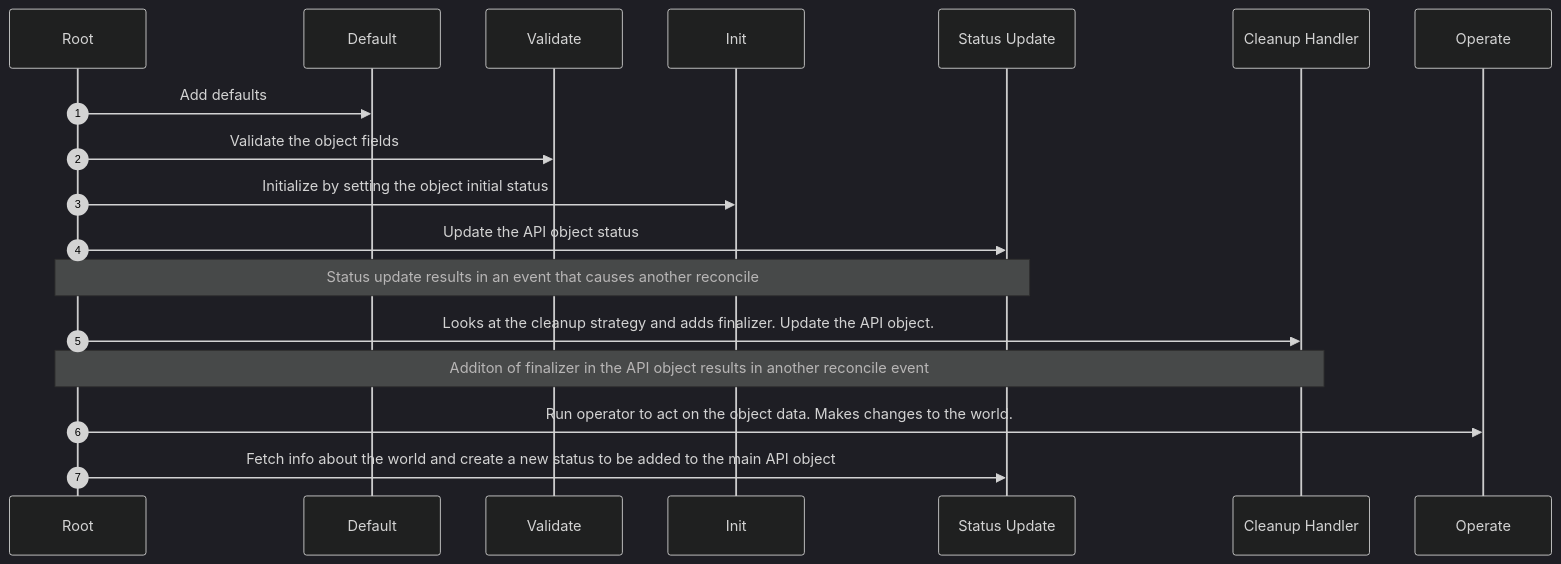
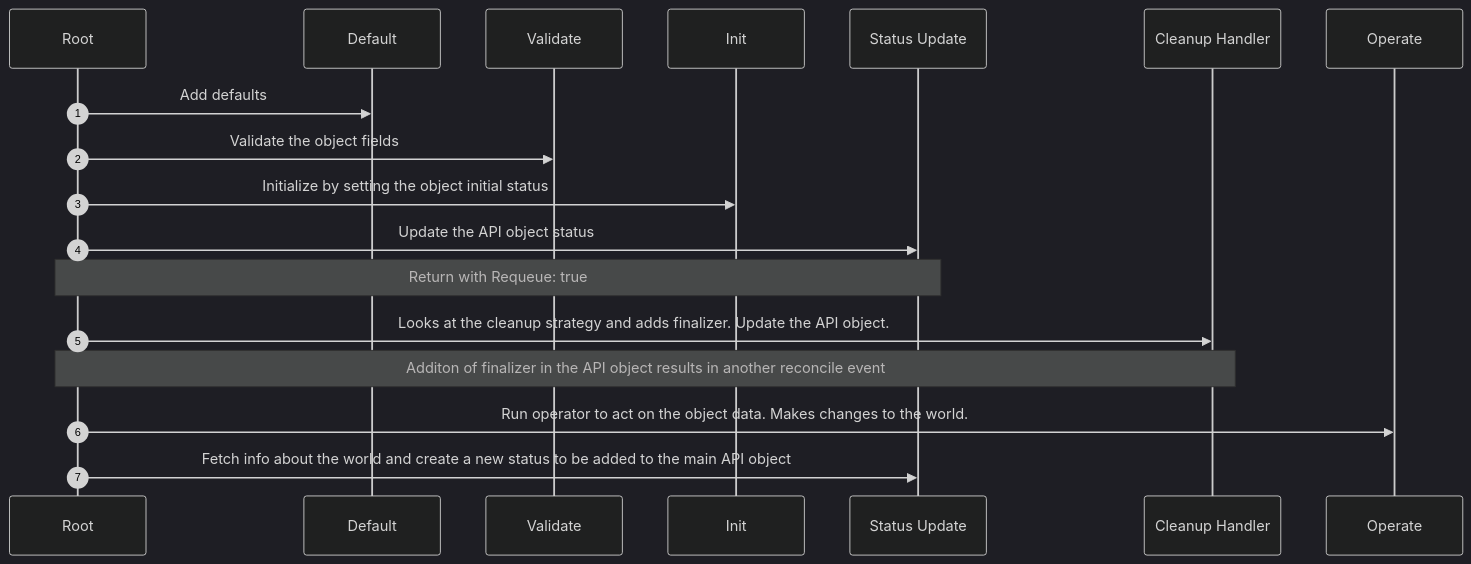
Before and after one commit to darkowlzz/operator-toolkit: the diagram in controller/composite/v1/docs/create.mmd, drawn with Mermaid (dark theme). The commit also changed 6 other files, not shown here.

```diff
--- a/controller/composite/v1/docs/create.mmd
+++ b/controller/composite/v1/docs/create.mmd
@@ -1,22 +1,22 @@
 %% Composite Reconcile - Create (finalizer based cleanup strategy)
 
 sequenceDiagram
     autonumber
     participant R as Root
 
     R->>Default: Add defaults
     R->>Validate: Validate the object fields
     R->>Init: Initialize by setting the object initial status
 
     participant SU as Status Update
     R->>SU: Update the API object status
 
-    Note over R, SU: Status update results in an event that causes another reconcile
+    Note over R, SU: Return with Requeue: true
 
     participant CH as Cleanup Handler
     R->>CH: Looks at the cleanup strategy and adds finalizer. Update the API object.
 
     Note over R, CH: Additon of finalizer in the API object results in another reconcile event
 
     R->>Operate: Run operator to act on the object data. Makes changes to the world.
     R->>SU: Fetch info about the world and create a new status to be added to the main API object
```
